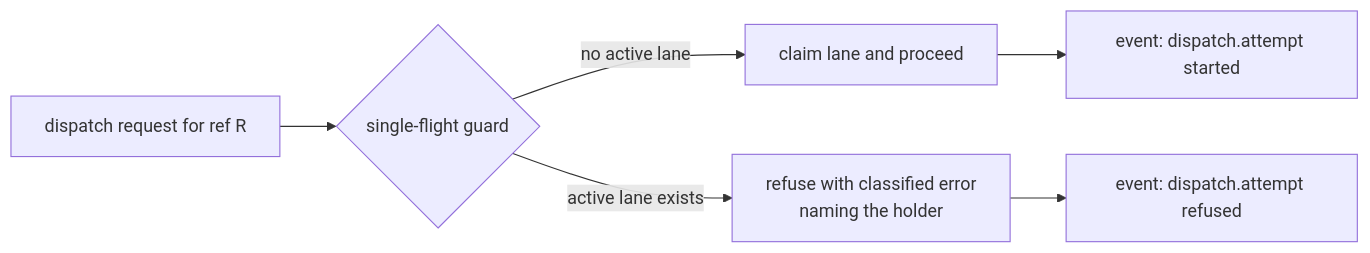
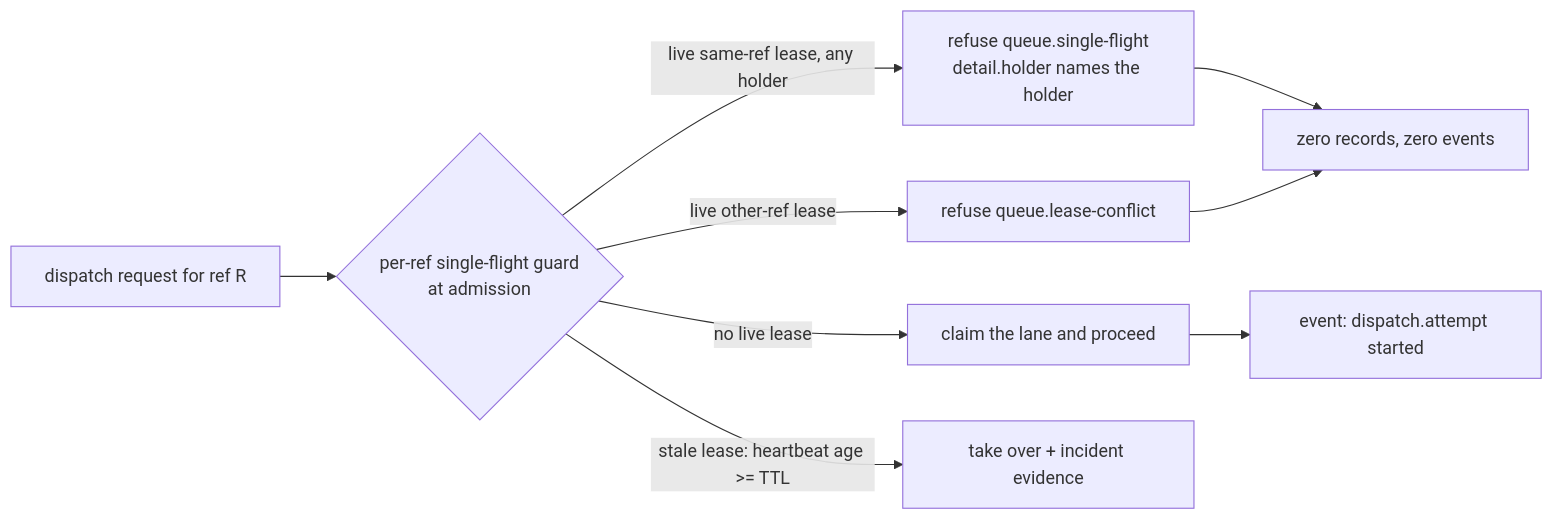
One commit to juliusz-cwiakalski/agentic-delivery-os changed the eighth of 11 diagrams in doc/planning/oss-tooling/milestones/m2/architecture.md. Above: the diagram before and after it, drawn with Mermaid. The commit also changed other lines of this file and 9 other files, not shown here.

````diff
--- a/doc/planning/oss-tooling/milestones/m2/architecture.md
+++ b/doc/planning/oss-tooling/milestones/m2/architecture.md
@@ -216,8 +228,11 @@
 ```mermaid
 flowchart LR
-    A[dispatch request for ref R] --> B{single-flight guard}
-    B -->|no active lane| C[claim lane and proceed]
-    B -->|active lane exists| D[refuse with classified error<br/>naming the holder]
-    D --> E[event: dispatch.attempt refused]
-    C --> F[event: dispatch.attempt started]
+    A[dispatch request for ref R] --> B{per-ref single-flight guard<br/>at admission}
+    B -->|live same-ref lease, any holder| C[refuse queue.single-flight<br/>detail.holder names the holder]
+    B -->|live other-ref lease| D[refuse queue.lease-conflict]
+    B -->|no live lease| E[claim the lane and proceed]
+    B -->|stale lease: heartbeat age >= TTL| F[take over + incident evidence]
+    C --> G[zero records, zero events]
+    D --> G
+    E --> H[event: dispatch.attempt started]
 ```
````
